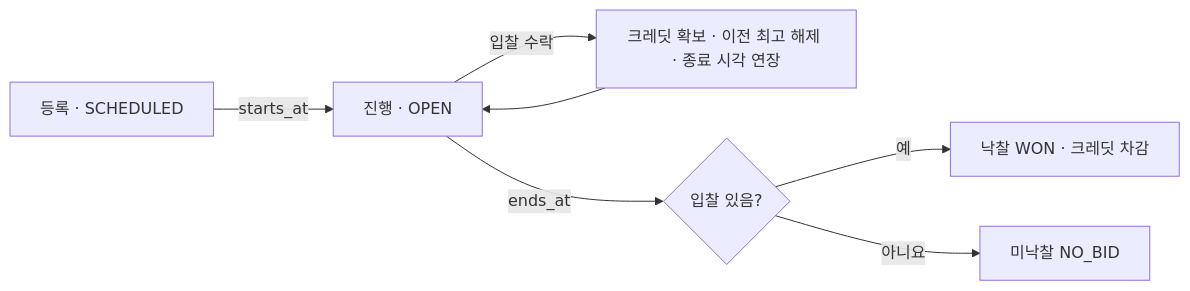
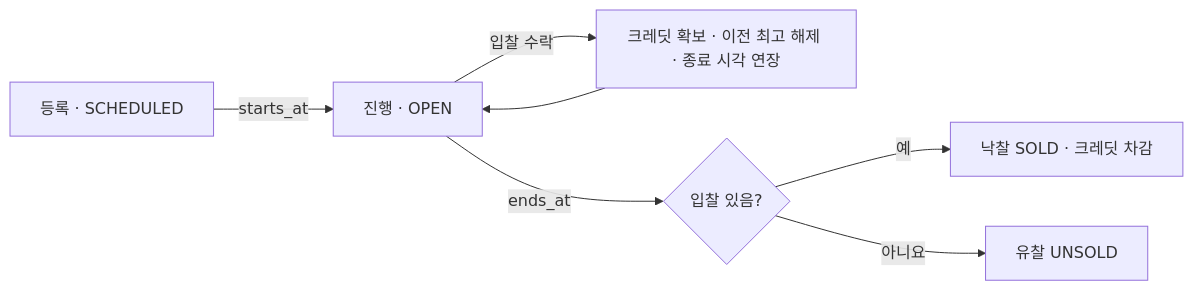
The diagram in docs/domains/auction/README.md (prgrms-be-devcourse/NBE12-14-final-RESTLESS), drawn with Mermaid before and after one commit. The commit also changed other lines of this file and 10 other files, not shown here.

````diff
--- a/docs/domains/auction/README.md
+++ b/docs/domains/auction/README.md
@@ -19,9 +19,9 @@
 ```mermaid
 flowchart LR
     A["등록 · SCHEDULED"] -->|starts_at| B["진행 · OPEN"]
     B -->|입찰 수락| C["크레딧 확보 · 이전 최고 해제 · 종료 시각 연장"]
     C --> B
     B -->|ends_at| D{"입찰 있음?"}
-    D -->|예| E["낙찰 WON · 크레딧 차감"]
-    D -->|아니요| F["미낙찰 NO_BID"]
+    D -->|예| E["낙찰 SOLD · 크레딧 차감"]
+    D -->|아니요| F["유찰 UNSOLD"]
 ```
````
